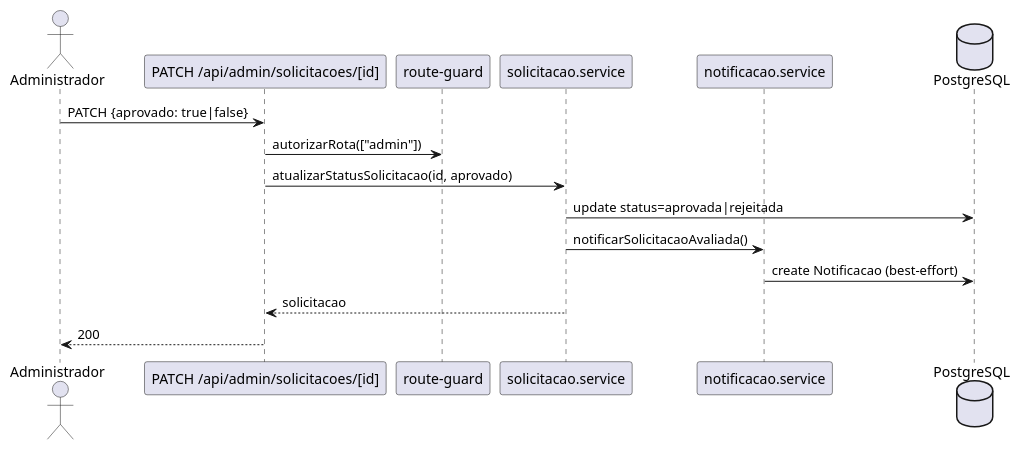
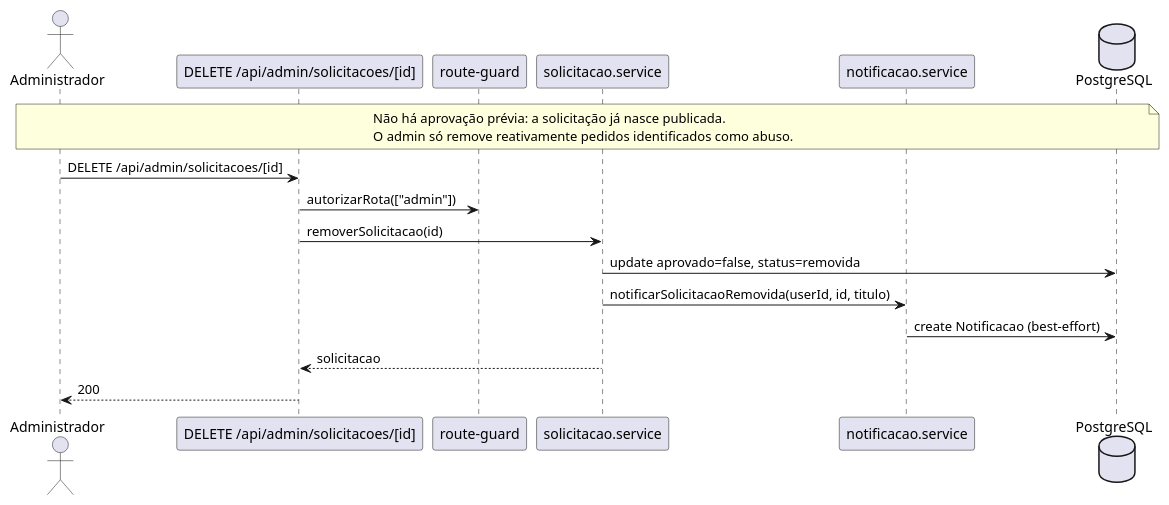
The seventh of 21 diagrams in docs/uml/documentacao-uml-completa.md (lononeiro/olx-ecologico), drawn with PlantUML before and after one commit. The commit also changed other lines of this file and 53 other files, not shown here.

First line of the commit message:
docs(uml): revisao dos diagramas e sincronizacao docs/ com uml/

````diff
--- a/docs/uml/documentacao-uml-completa.md
+++ b/docs/uml/documentacao-uml-completa.md
@@ -773,19 +773,24 @@
 ```plantuml
 @startuml seq-moderacao
 actor Administrador
-participant "PATCH /api/admin/solicitacoes/[id]" as EP
+participant "DELETE /api/admin/solicitacoes/[id]" as EP
 participant "route-guard" as RG
 participant "solicitacao.service" as SVC
 participant "notificacao.service" as N
 database PostgreSQL as DB
 
-Administrador -> EP : PATCH {aprovado: true|false}
+note over Administrador, DB
+  Não há aprovação prévia: a solicitação já nasce publicada.
+  O admin só remove reativamente pedidos identificados como abuso.
+end note
+
+Administrador -> EP : DELETE /api/admin/solicitacoes/[id]
 EP -> RG : autorizarRota(["admin"])
-EP -> SVC : atualizarStatusSolicitacao(id, aprovado)
-SVC -> DB : update status=aprovada|rejeitada
-SVC -> N : notificarSolicitacaoAvaliada()
+EP -> SVC : removerSolicitacao(id)
+SVC -> DB : update aprovado=false, status=removida
+SVC -> N : notificarSolicitacaoRemovida(userId, id, titulo)
 N -> DB : create Notificacao (best-effort)
 SVC --> EP : solicitacao
 EP --> Administrador : 200
 @enduml
 ```
````
